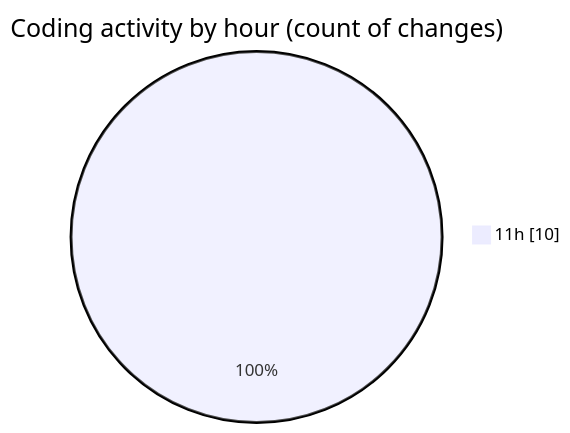
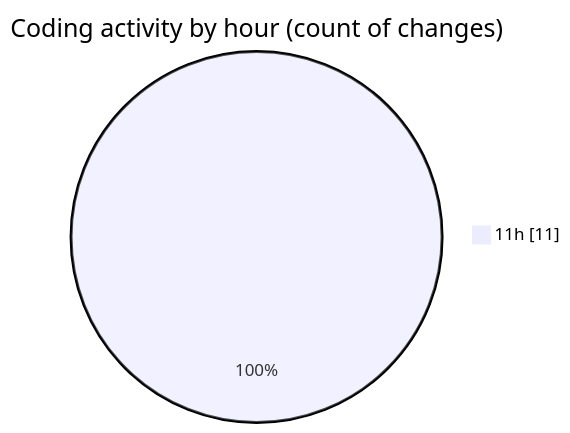
One commit to EIIisD/code-tracking changed the second of 2 diagrams in 2025-08-03/refunds/README.md. Above: the diagram before and after it, drawn with Mermaid. The commit also changed other lines of this file and 1 other file, not shown here.

````diff
--- a/2025-08-03/refunds/README.md
+++ b/2025-08-03/refunds/README.md
@@ -30,5 +30,5 @@
 ```mermaid
 pie showData
 title Coding activity by hour (count of changes)
-"11h" : 10
+"11h" : 11
 ```
````
